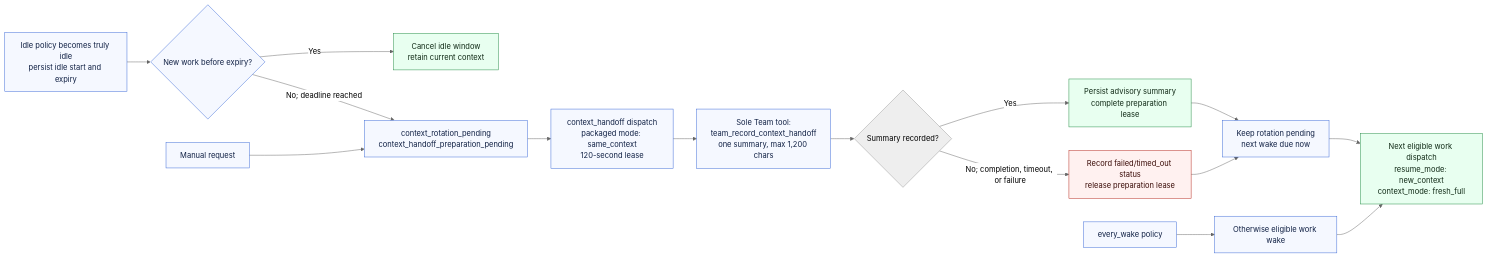
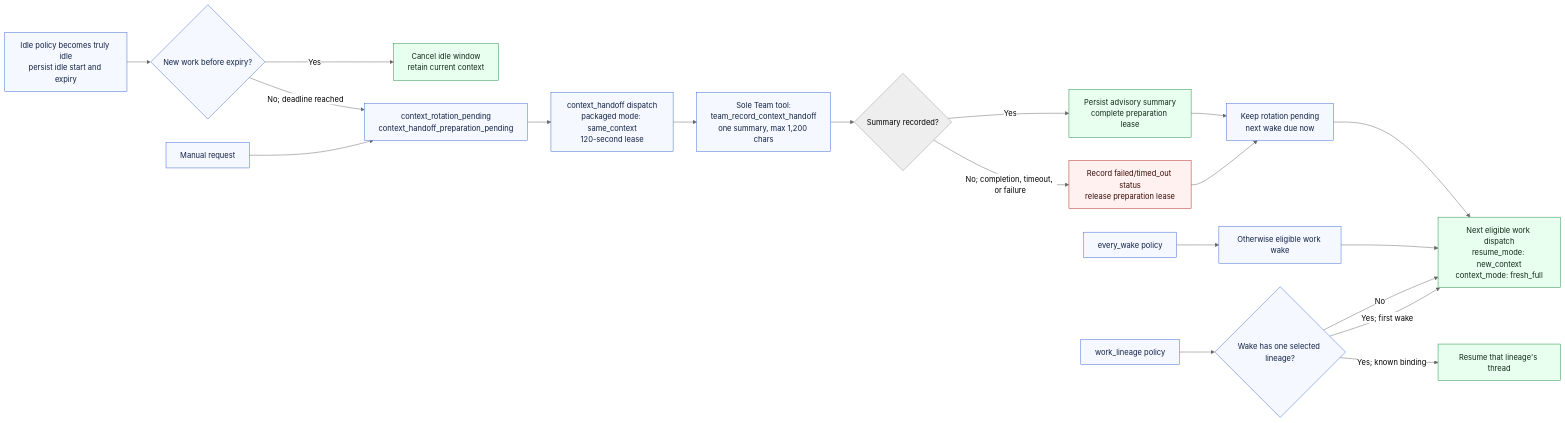
One commit to QuinthSoftwareSolutions/evander changed the fifth of 10 diagrams in docs/team-addon-wake-decision-tree.md. Above: the diagram before and after it, drawn with Mermaid (neutral theme). The commit also changed other lines of this file and 33 other files, not shown here.

Commit message:
feat(team): add work-lineage context routing

````diff
--- a/docs/team-addon-wake-decision-tree.md
+++ b/docs/team-addon-wake-decision-tree.md
@@ -263,25 +269,30 @@
 ```mermaid
 flowchart LR
     idle_start["Idle policy becomes truly idle<br/>persist idle start and expiry"] --> before{"New work before expiry?"}
     before -->|Yes| retain["Cancel idle window<br/>retain current context"]
     before -->|No; deadline reached| pending
     request["Manual request"] --> pending["context_rotation_pending<br/>context_handoff_preparation_pending"]
     pending --> handoff["context_handoff dispatch<br/>packaged mode: same_context<br/>120-second lease"]
     handoff --> sole["Sole Team tool:<br/>team_record_context_handoff<br/>one summary, max 1,200 chars"]
     sole --> outcome{"Summary recorded?"}
     outcome -->|Yes| recorded["Persist advisory summary<br/>complete preparation lease"]
     outcome -->|No; completion, timeout, or failure| failed["Record failed/timed_out status<br/>release preparation lease"]
     recorded --> due["Keep rotation pending<br/>next wake due now"]
     failed --> due
     due --> fresh["Next eligible work dispatch<br/>resume_mode: new_context<br/>context_mode: fresh_full"]
 
     every["every_wake policy"] --> eligible["Otherwise eligible work wake"]
     eligible --> fresh
 
+    lineage["work_lineage policy"] --> bound{"Wake has one selected lineage?"}
+    bound -->|No| fresh
+    bound -->|Yes; first wake| fresh
+    bound -->|Yes; known binding| resume["Resume that lineage's thread"]
+
     classDef wake fill:#e8fff0,stroke:#208a42,color:#102a16;
     classDef skip fill:#fff1f0,stroke:#b42318,color:#3a0b07;
     classDef process fill:#f5f8ff,stroke:#3867d6,color:#102044;
-    class fresh,recorded,retain wake;
+    class fresh,recorded,retain,resume wake;
     class failed skip;
-    class idle_start,before,request,pending,handoff,sole,due,every,eligible process;
+    class idle_start,before,request,pending,handoff,sole,due,every,eligible,lineage,bound process;
 ```
````
